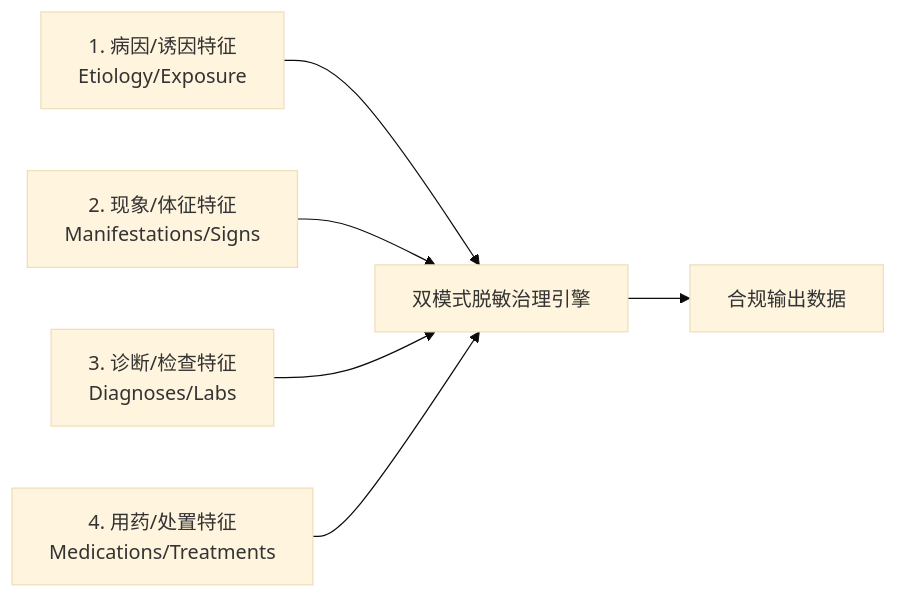
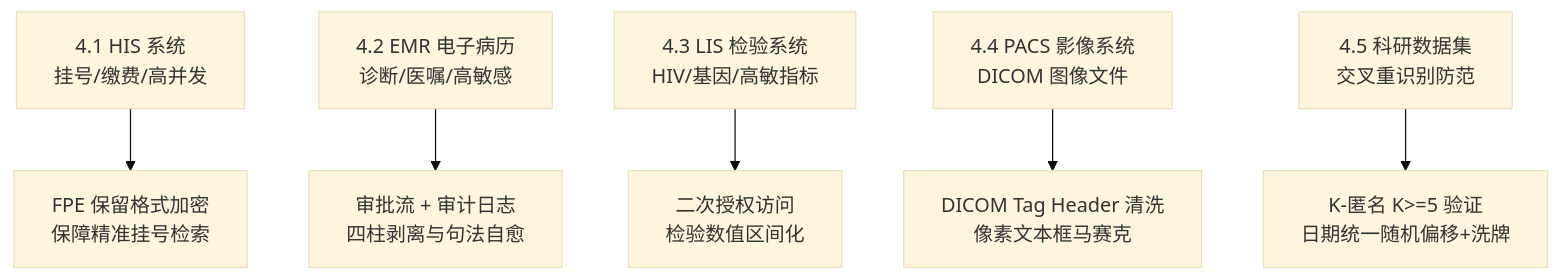
The second of 3 diagrams in docs/medical_pipeline/redaction_algorithm_specification_v3.md (fengzhizi319/PrivShield), drawn with Mermaid (base theme) before and after one commit. The commit also changed other lines of this file and 3 other files, not shown here.

````diff
--- a/docs/medical_pipeline/redaction_algorithm_specification_v3.md
+++ b/docs/medical_pipeline/redaction_algorithm_specification_v3.md
@@ -70,8 +77,8 @@
 ```mermaid
-graph LR
-    P1[1. 病因/诱因特征<br>Etiology/Exposure] --> Engine[双模式脱敏治理引擎]
-    P2[2. 现象/体征特征<br>Manifestations/Signs] --> Engine
-    P3[3. 诊断/检查特征<br>Diagnoses/Labs] --> Engine
-    P4[4. 用药/处置特征<br>Medications/Treatments] --> Engine
-    Engine --> SafeText[合规输出数据]
+graph TD
+    HIS[4.1 HIS 系统<br>挂号/缴费/高并发] --> HIS_FPE[FPE 保留格式加密<br>保障精准挂号检索]
+    EMR[4.2 EMR 电子病历<br>诊断/医嘱/高敏感] --> EMR_Approve[审批流 + 审计日志<br>四柱剥离与句法自愈]
+    LIS[4.3 LIS 检验系统<br>HIV/基因/高敏指标] --> LIS_Secondary[二次授权访问<br>检验数值区间化]
+    PACS[4.4 PACS 影像系统<br>DICOM 图像文件] --> PACS_Tag[DICOM Tag Header 清洗<br>像素文本框马赛克]
+    Research[4.5 科研数据集<br>交叉重识别防范] --> Research_K[K-匿名 K>=5 验证<br>日期统一随机偏移+洗牌]
 ```
````
